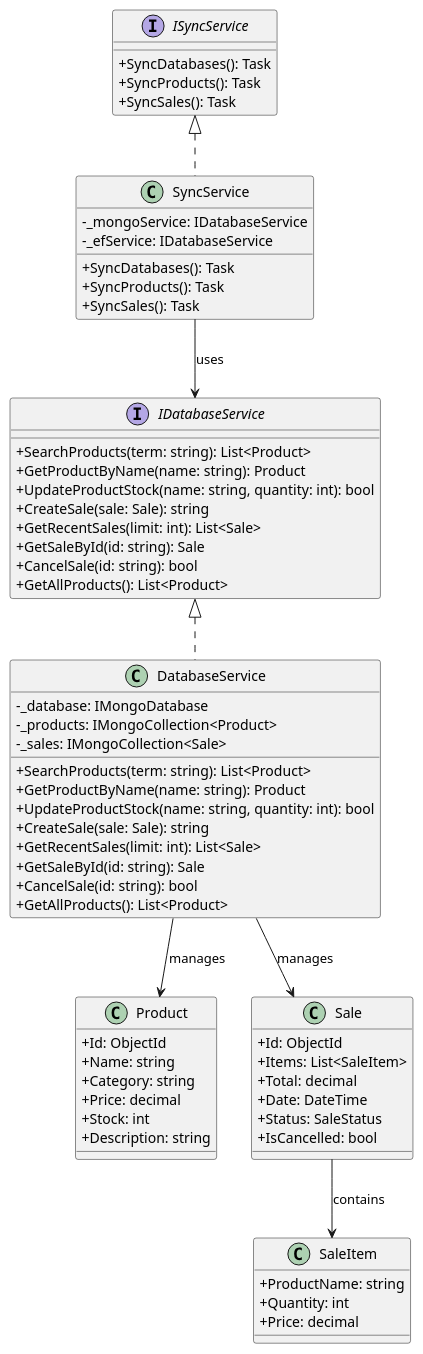
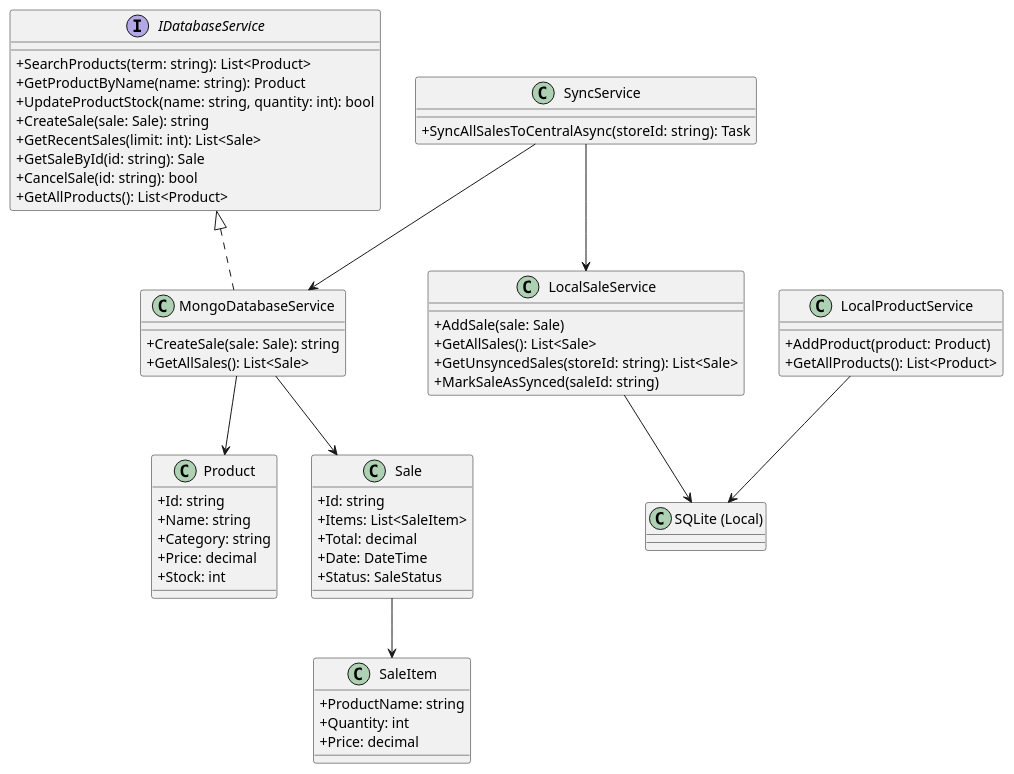
Before and after one commit to Reinemaker/LOG430_02_Lab2: the diagram in docs/UML/class-diagram.puml, drawn with PlantUML. The commit also changed 198 other files, not shown here.

Commit message:
Reworked on ADR, UML and README.md to adapt to Lab3. UC2 is partially functioning and UC4,6,7 are missing at this moment.

```diff
--- a/docs/UML/class-diagram.puml
+++ b/docs/UML/class-diagram.puml
@@ -1,80 +1,73 @@
 @startuml Corner Shop Class Diagram
 
 ' Style
 skinparam classAttributeIconSize 0
 skinparam packageStyle rectangle
 
 ' Interfaces
 interface IDatabaseService {
     +SearchProducts(term: string): List<Product>
     +GetProductByName(name: string): Product
     +UpdateProductStock(name: string, quantity: int): bool
     +CreateSale(sale: Sale): string
     +GetRecentSales(limit: int): List<Sale>
     +GetSaleById(id: string): Sale
     +CancelSale(id: string): bool
     +GetAllProducts(): List<Product>
 }
 
-interface ISyncService {
-    +SyncDatabases(): Task
-    +SyncProducts(): Task
-    +SyncSales(): Task
+class LocalProductService {
+    +AddProduct(product: Product)
+    +GetAllProducts(): List<Product>
+}
+
+class LocalSaleService {
+    +AddSale(sale: Sale)
+    +GetAllSales(): List<Sale>
+    +GetUnsyncedSales(storeId: string): List<Sale>
+    +MarkSaleAsSynced(saleId: string)
+}
+
+class SyncService {
+    +SyncAllSalesToCentralAsync(storeId: string): Task
+}
+
+class MongoDatabaseService {
+    +CreateSale(sale: Sale): string
+    +GetAllSales(): List<Sale>
 }
 
 ' Classes
-class DatabaseService {
-    -_database: IMongoDatabase
-    -_products: IMongoCollection<Product>
-    -_sales: IMongoCollection<Sale>
-    +SearchProducts(term: string): List<Product>
-    +GetProductByName(name: string): Product
-    +UpdateProductStock(name: string, quantity: int): bool
-    +CreateSale(sale: Sale): string
-    +GetRecentSales(limit: int): List<Sale>
-    +GetSaleById(id: string): Sale
-    +CancelSale(id: string): bool
-    +GetAllProducts(): List<Product>
-}
-
-class SyncService {
-    -_mongoService: IDatabaseService
-    -_efService: IDatabaseService
-    +SyncDatabases(): Task
-    +SyncProducts(): Task
-    +SyncSales(): Task
-}
-
 class Product {
-    +Id: ObjectId
+    +Id: string
     +Name: string
     +Category: string
     +Price: decimal
     +Stock: int
-    +Description: string
 }
 
 class Sale {
-    +Id: ObjectId
+    +Id: string
     +Items: List<SaleItem>
     +Total: decimal
     +Date: DateTime
     +Status: SaleStatus
-    +IsCancelled: bool
 }
 
 class SaleItem {
     +ProductName: string
     +Quantity: int
     +Price: decimal
 }
 
 ' Relationships
-IDatabaseService <|.. DatabaseService
-ISyncService <|.. SyncService
-DatabaseService --> Product: manages
-DatabaseService --> Sale: manages
-Sale --> SaleItem: contains
-SyncService --> IDatabaseService: uses
+IDatabaseService <|.. MongoDatabaseService
+LocalProductService --> "SQLite (Local)"
+LocalSaleService --> "SQLite (Local)"
+SyncService --> LocalSaleService
+SyncService --> MongoDatabaseService
+MongoDatabaseService --> Product
+MongoDatabaseService --> Sale
+Sale --> SaleItem
 
 @enduml 
```
